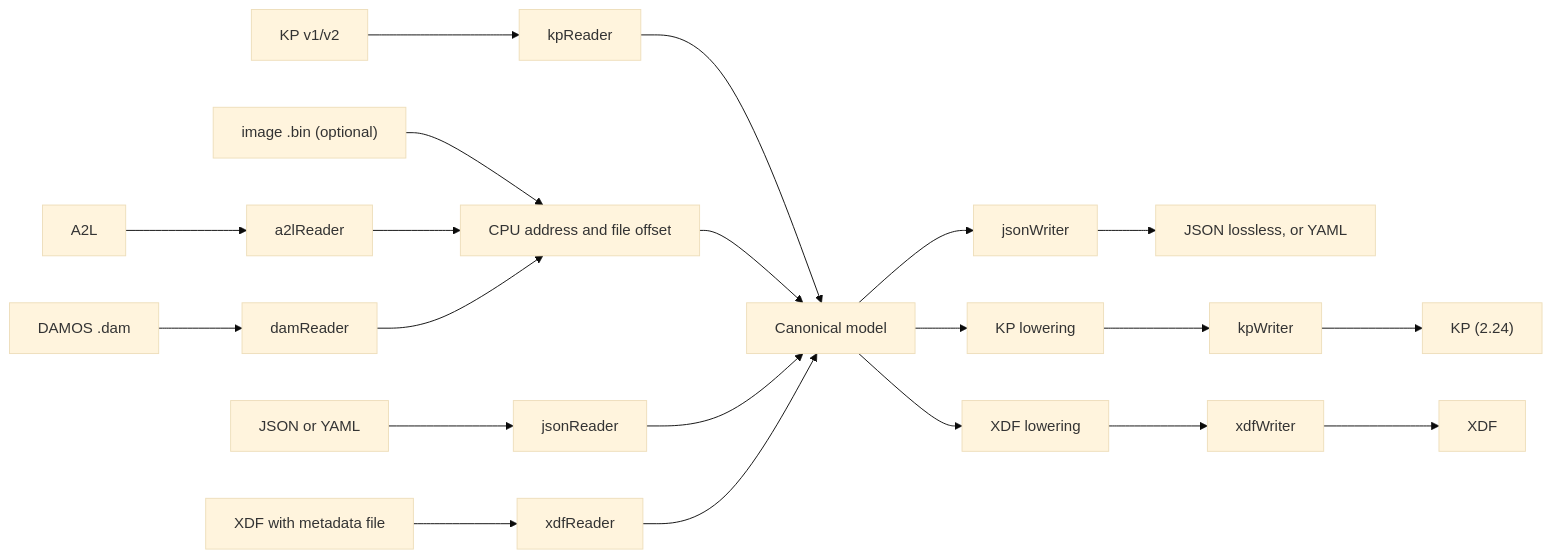
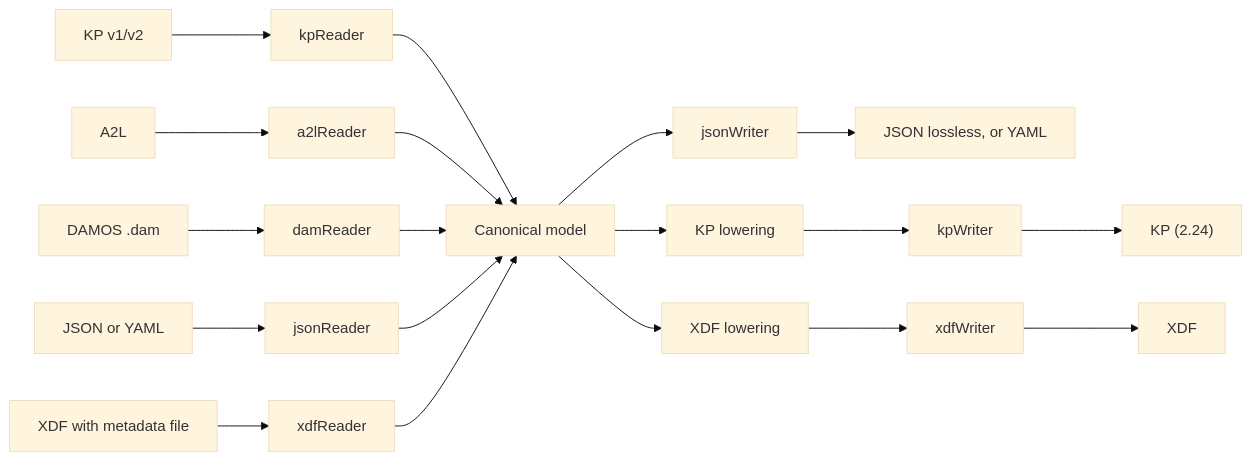
Before and after one commit to nyetlabs/xdfkit: the diagram in docs/design.md, drawn with Mermaid (base theme). The commit also changed other lines of this file and 21 other files, not shown here.

````diff
--- a/docs/design.md
+++ b/docs/design.md
@@ -67,19 +67,17 @@
 ```mermaid
 flowchart LR
     kpIn["KP v1/v2"] --> kpReader
     a2lIn[A2L] --> a2lReader
     damIn["DAMOS .dam"] --> damReader
     jsonIn["JSON or YAML"] --> jsonReader
     xdfIn["XDF with metadata file"] --> xdfReader
-    binIn["image .bin (optional)"] --> addrMap
     kpReader --> model
-    a2lReader --> addrMap
-    damReader --> addrMap
-    addrMap["CPU address and file offset"] --> model
+    a2lReader --> model
+    damReader --> model
     jsonReader --> model
     xdfReader --> model
     model["Canonical model"] --> jsonWriter
     jsonWriter --> jsonOut["JSON lossless, or YAML"]
     model --> lowerKp["KP lowering"] --> kpWriter --> kpOut["KP (2.24)"]
     model --> lowerXdf["XDF lowering"] --> xdfWriter --> xdfOut[XDF]
 ```
````
